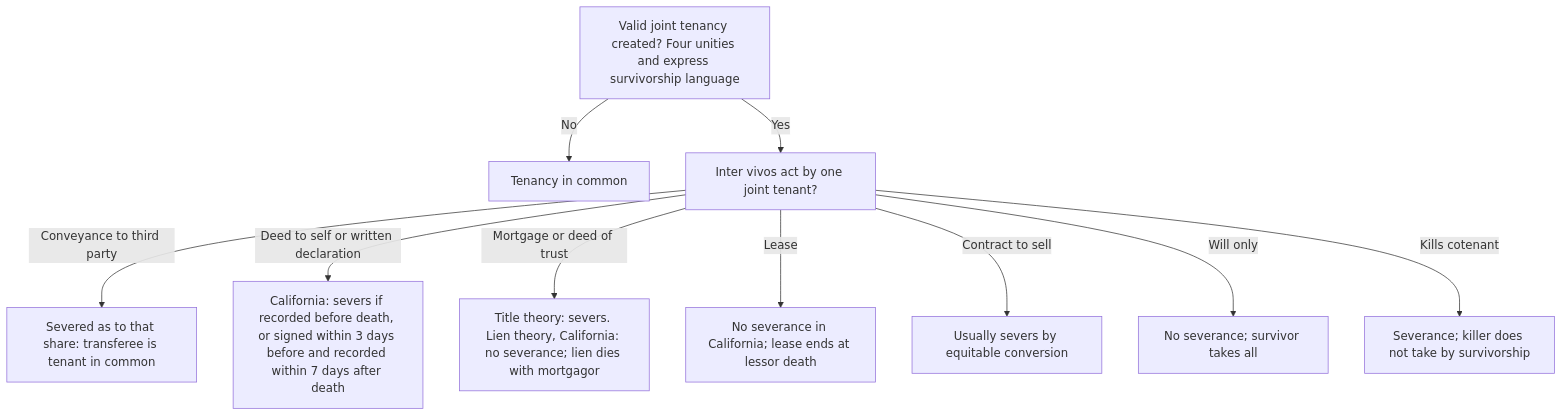
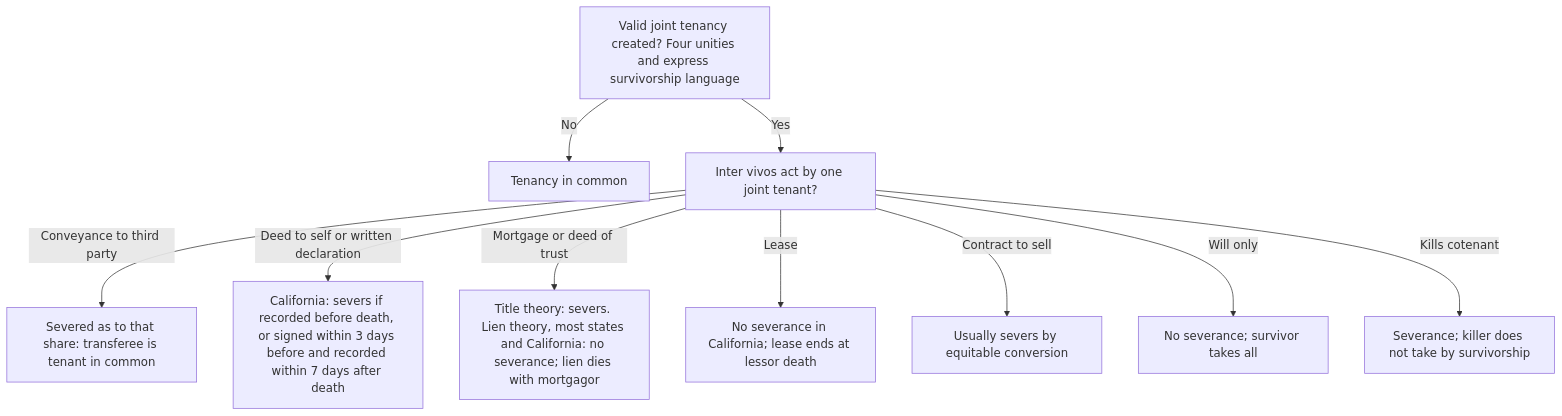
The fourth of 11 diagrams in 03-subjects/real-property/flowcharts.md (FrankHuang94/ca-bar-prep-claude), drawn with Mermaid before and after one commit. The commit also changed other lines of this file and 24 other files, not shown here.

````diff
--- a/03-subjects/real-property/flowcharts.md
+++ b/03-subjects/real-property/flowcharts.md
@@ -69,12 +69,12 @@
 ```mermaid
 flowchart TD
   A["Valid joint tenancy created? Four unities and express survivorship language"] -->|No| B["Tenancy in common"]
   A -->|Yes| C["Inter vivos act by one joint tenant?"]
   C -->|Conveyance to third party| D["Severed as to that share: transferee is tenant in common"]
   C -->|Deed to self or written declaration| E["California: severs if recorded before death, or signed within 3 days before and recorded within 7 days after death"]
-  C -->|Mortgage or deed of trust| F["Title theory: severs. Lien theory, California: no severance; lien dies with mortgagor"]
+  C -->|Mortgage or deed of trust| F["Title theory: severs. Lien theory, most states and California: no severance; lien dies with mortgagor"]
   C -->|Lease| G["No severance in California; lease ends at lessor death"]
   C -->|Contract to sell| H["Usually severs by equitable conversion"]
   C -->|Will only| I["No severance; survivor takes all"]
   C -->|Kills cotenant| J["Severance; killer does not take by survivorship"]
 ```
````
